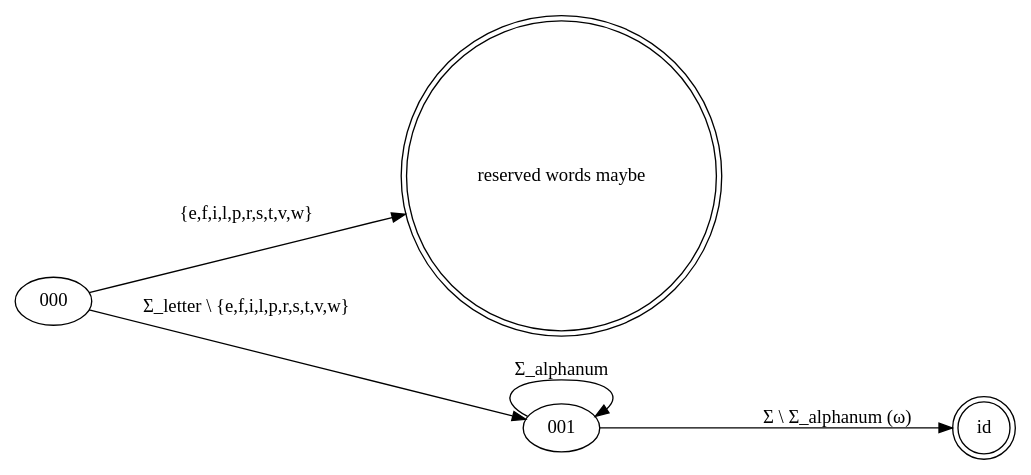
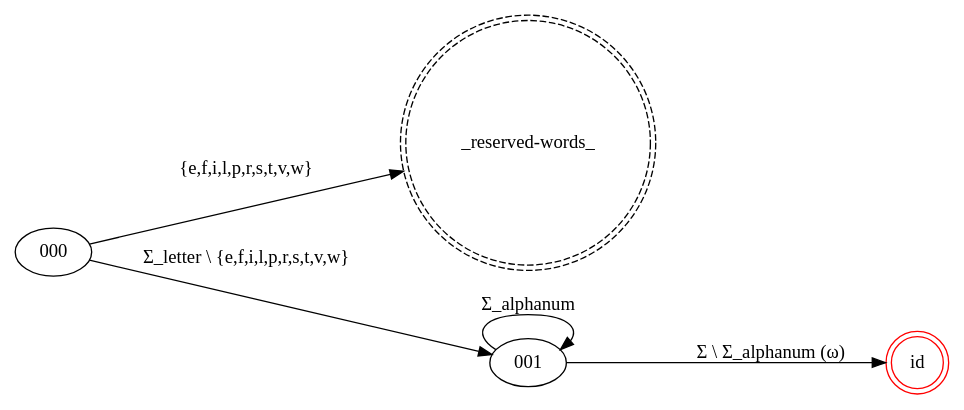
Before and after one commit to yum-feng/comp6421-compiler-design: the second of 7 diagrams in document.org, drawn with Graphviz. The commit also changed other lines of this file, not shown here.

Commit message:
finish graph, but still need to add disclaimers

```diff
--- a/document.org
+++ b/document.org
@@ -269,18 +284,17 @@
    #+begin_src dot file :file dfa-id.png
      digraph {
        rankdir="LR"
      
-       "reserved words maybe" [shape="doublecircle"];
-     
-       id [shape="doublecircle"];
-     
+       id [shape="doublecircle",color=red];
+       "_reserved-words_" [shape="doublecircle",style="dashed"];
+
        // lexical specification
        // id ::= Σ_letter Σ_alphanum*
      
        // lexical specification rewritten in single character and fed into regex -> dfa tool
        // id ::= la* (Σ_letter -> l, Σ_alphanum -> a)
      
-       000 -> "reserved words maybe" [label = "{e,f,i,l,p,r,s,t,v,w}"];
+       000 -> "_reserved-words_" [label = "{e,f,i,l,p,r,s,t,v,w}"];
        000 -> 001 [label = "Σ_letter \\ {e,f,i,l,p,r,s,t,v,w}"];        001 -> 001 [label = "Σ_alphanum"] ; 001 -> id [label = "Σ \\ Σ_alphanum (ω)"];
      }
    #+end_src
```
